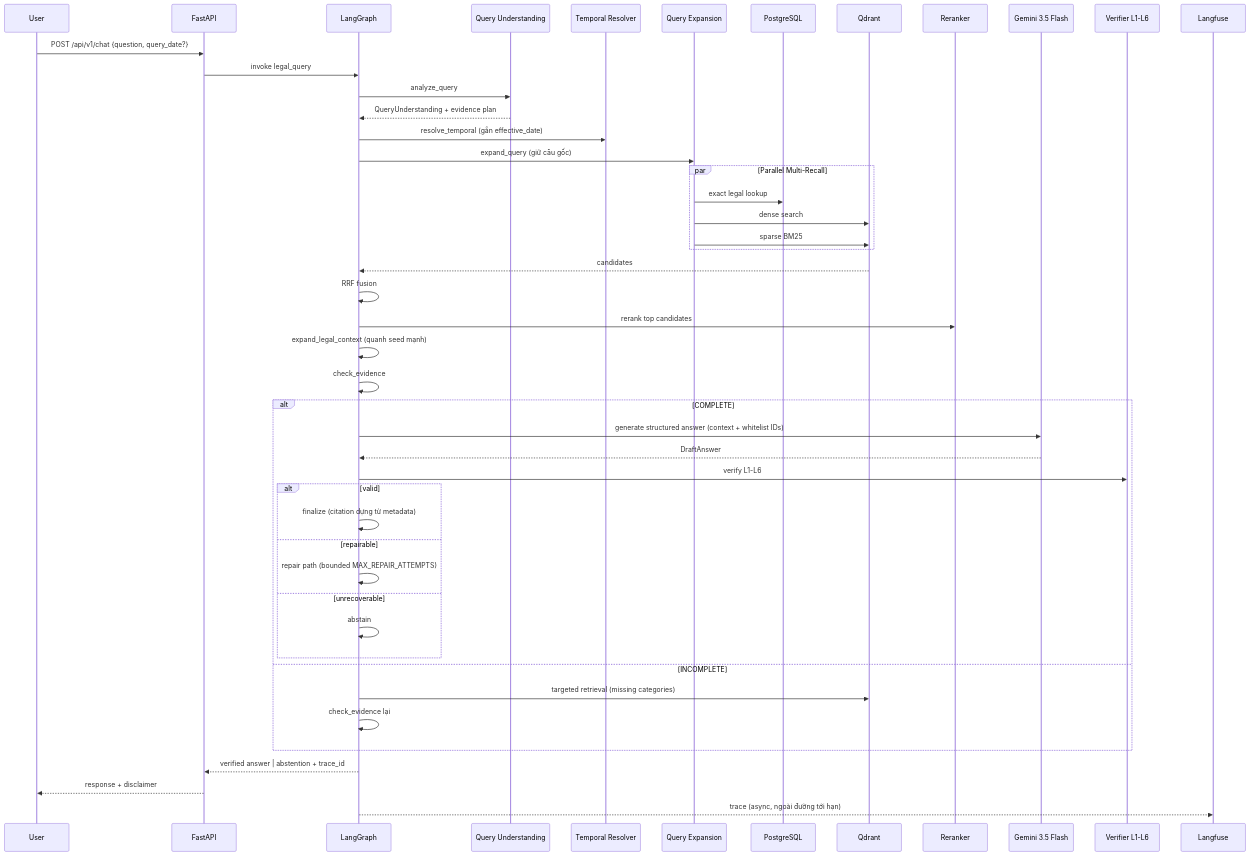
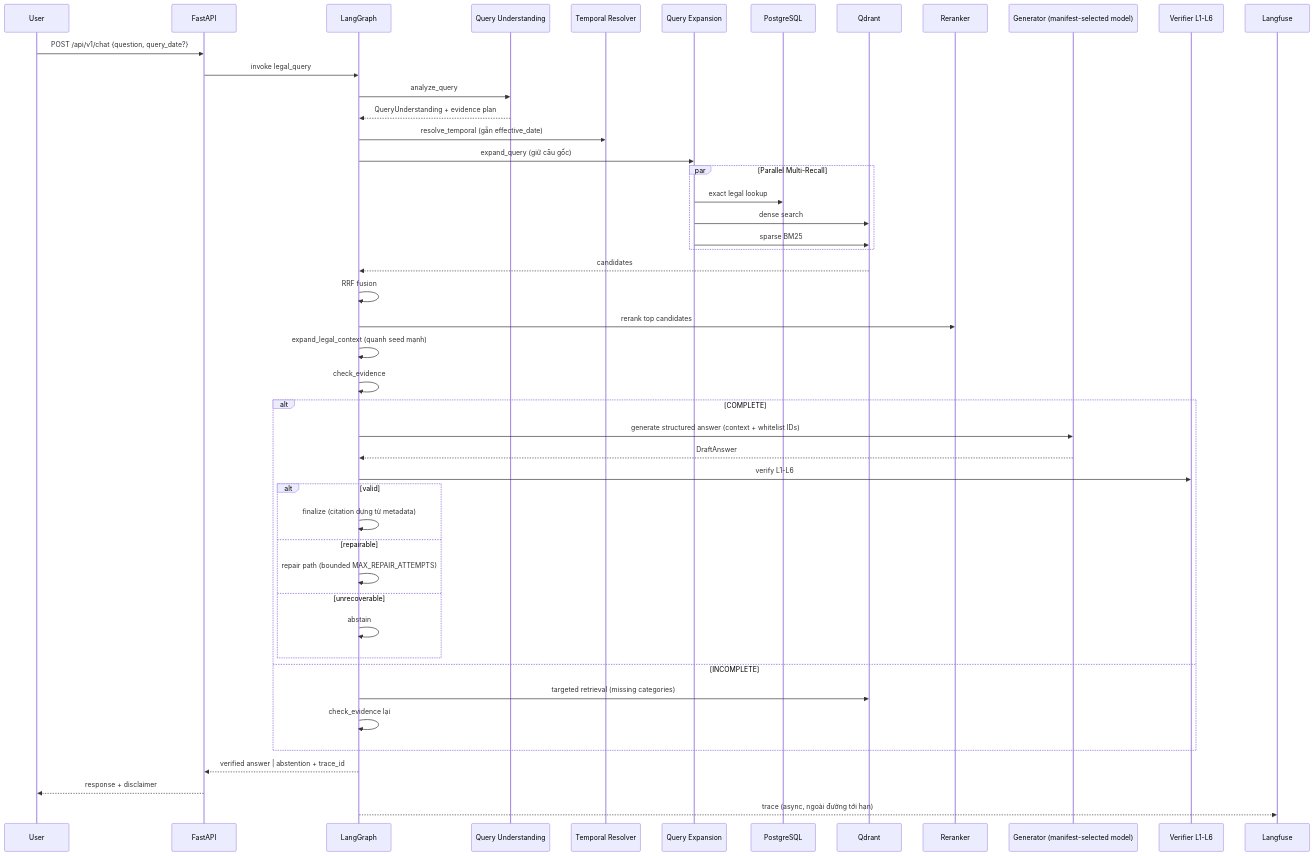
Before and after one commit to PhucTruong-ctrl/vn-traffic-law-RAG: the sixth of 12 diagrams in docs/03-thiet-ke-he-thong.md, drawn with Mermaid. The commit also changed other lines of this file and 20 other files, not shown here.

````diff
--- a/docs/03-thiet-ke-he-thong.md
+++ b/docs/03-thiet-ke-he-thong.md
@@ -419,50 +361,50 @@
 ```mermaid
 sequenceDiagram
     participant U as User
     participant API as FastAPI
     participant G as LangGraph
     participant QU as Query Understanding
     participant TR as Temporal Resolver
     participant QE as Query Expansion
     participant PG as PostgreSQL
     participant QD as Qdrant
     participant RK as Reranker
-    participant GEN as Gemini 3.5 Flash
+    participant GEN as Generator (manifest-selected model)
     participant VER as Verifier L1-L6
     participant LF as Langfuse
 
     U->>API: POST /api/v1/chat {question, query_date?}
     API->>G: invoke legal_query
     G->>QU: analyze_query
     QU-->>G: QueryUnderstanding + evidence plan
     G->>TR: resolve_temporal (gắn effective_date)
     G->>QE: expand_query (giữ câu gốc)
     par Parallel Multi-Recall
         QE->>PG: exact legal lookup
         QE->>QD: dense search
         QE->>QD: sparse BM25
     end
     QD-->>G: candidates
     G->>G: RRF fusion
     G->>RK: rerank top candidates
     G->>G: expand_legal_context (quanh seed mạnh)
     G->>G: check_evidence
     alt COMPLETE
         G->>GEN: generate structured answer (context + whitelist IDs)
         GEN-->>G: DraftAnswer
         G->>VER: verify L1-L6
         alt valid
             G->>G: finalize (citation dựng từ metadata)
         else repairable
             G->>G: repair path (bounded MAX_REPAIR_ATTEMPTS)
         else unrecoverable
             G->>G: abstain
         end
     else INCOMPLETE
         G->>QD: targeted retrieval (missing categories)
         G->>G: check_evidence lại
     end
     G-->>API: verified answer | abstention + trace_id
     API-->>U: response + disclaimer
     G-->>LF: trace (async, ngoài đường tới hạn)
 ```
````
